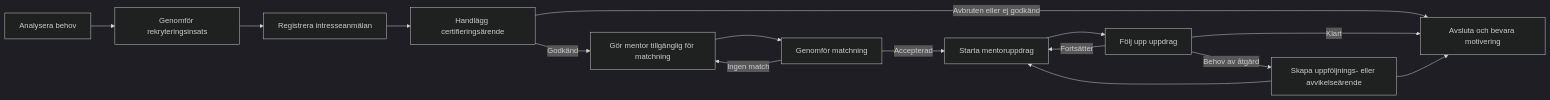
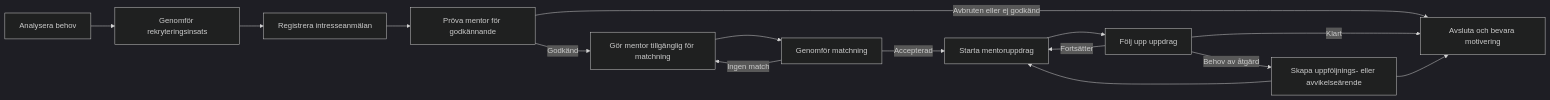
The first of 2 diagrams in docs/verksamhetsfloden-och-handlaggningsrutiner.md (joeriks/foraldramentorer-juli), drawn with Mermaid (dark theme) before and after one commit. The commit also changed other lines of this file and 11 other files, not shown here.

````diff
--- a/docs/verksamhetsfloden-och-handlaggningsrutiner.md
+++ b/docs/verksamhetsfloden-och-handlaggningsrutiner.md
@@ -117,17 +130,17 @@
 ```mermaid
 flowchart LR
     A["Analysera behov"] --> B["Genomför rekryteringsinsats"]
     B --> C["Registrera intresseanmälan"]
-    C --> D["Handlägg certifieringsärende"]
+    C --> D["Pröva mentor för godkännande"]
     D -->|"Godkänd"| E["Gör mentor tillgänglig för matchning"]
     D -->|"Avbruten eller ej godkänd"| J["Avsluta och bevara motivering"]
     E --> F["Genomför matchning"]
     F -->|"Accepterad"| G["Starta mentoruppdrag"]
     F -->|"Ingen match"| E
     G --> H["Följ upp uppdrag"]
     H -->|"Fortsätter"| G
     H -->|"Behov av åtgärd"| I["Skapa uppföljnings- eller avvikelseärende"]
     H -->|"Klart"| J
     I --> G
     I --> J
 ```
````
